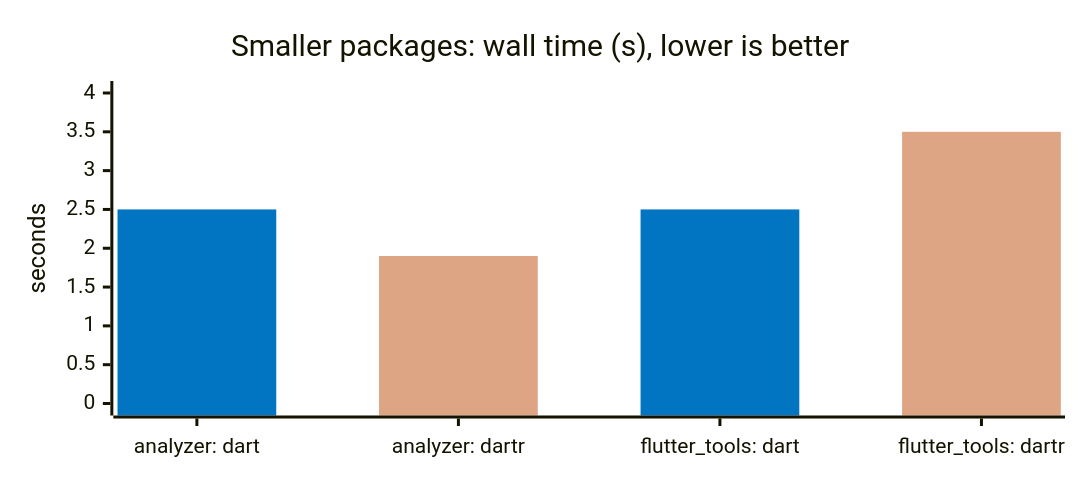
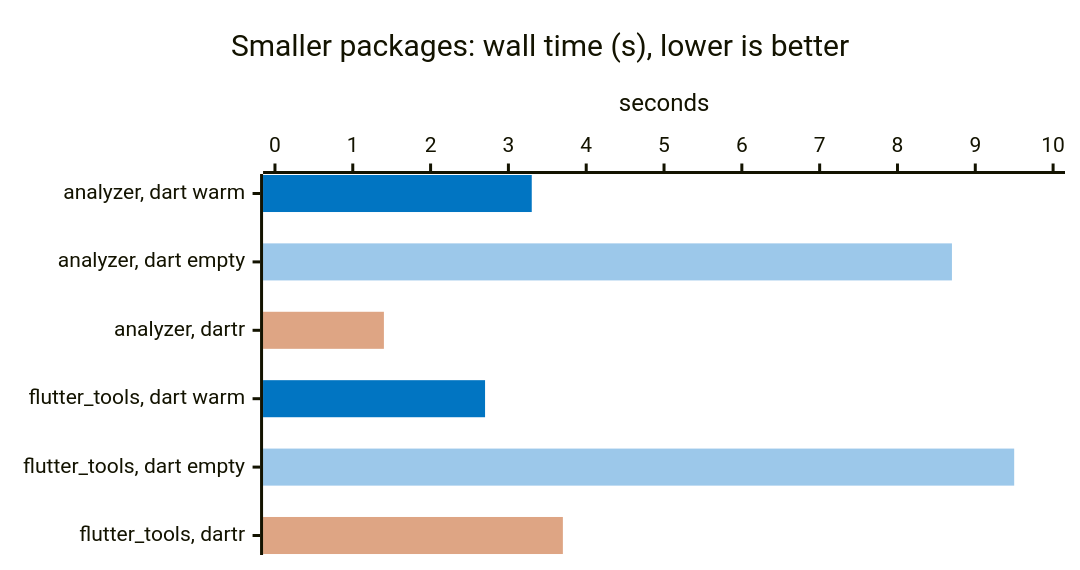
Before and after one commit to orestesgaolin/dartr: the second of 2 diagrams in README.md, drawn with Mermaid. The commit also changed other lines of this file and 3 other files, not shown here.

First line of the commit message:
docs(bench): new dartr vs dart analyze benchmark (warm and empty Dart cache, 3 runs)

````diff
--- a/README.md
+++ b/README.md
@@ -155,17 +156,18 @@
 ```mermaid
 ---
 config:
   xyChart:
-    height: 300
+    height: 360
   themeVariables:
     xyChart:
-      plotColorPalette: "#0175C2, #DEA584"
+      plotColorPalette: "#0175C2, #9CC8EA, #DEA584"
 ---
-xychart-beta
-    %% -100 = no bar: one series per tool gives each tool its own color
+xychart-beta horizontal
+    %% -100 = no bar: one series per measurement gives each its own color
     title "Smaller packages: wall time (s), lower is better"
-    x-axis ["analyzer: dart", "analyzer: dartr", "flutter_tools: dart", "flutter_tools: dartr"]
-    y-axis "seconds" 0 --> 4
-    bar [2.5, -100, 2.5, -100]
-    bar [-100, 1.9, -100, 3.5]
+    x-axis ["analyzer, dart warm", "analyzer, dart empty", "analyzer, dartr", "flutter_tools, dart warm", "flutter_tools, dart empty", "flutter_tools, dartr"]
+    y-axis "seconds" 0 --> 10
+    bar [3.3, -100, -100, 2.7, -100, -100]
+    bar [-100, 8.7, -100, -100, 9.5, -100]
+    bar [-100, -100, 1.4, -100, -100, 3.7]
 ```
````
